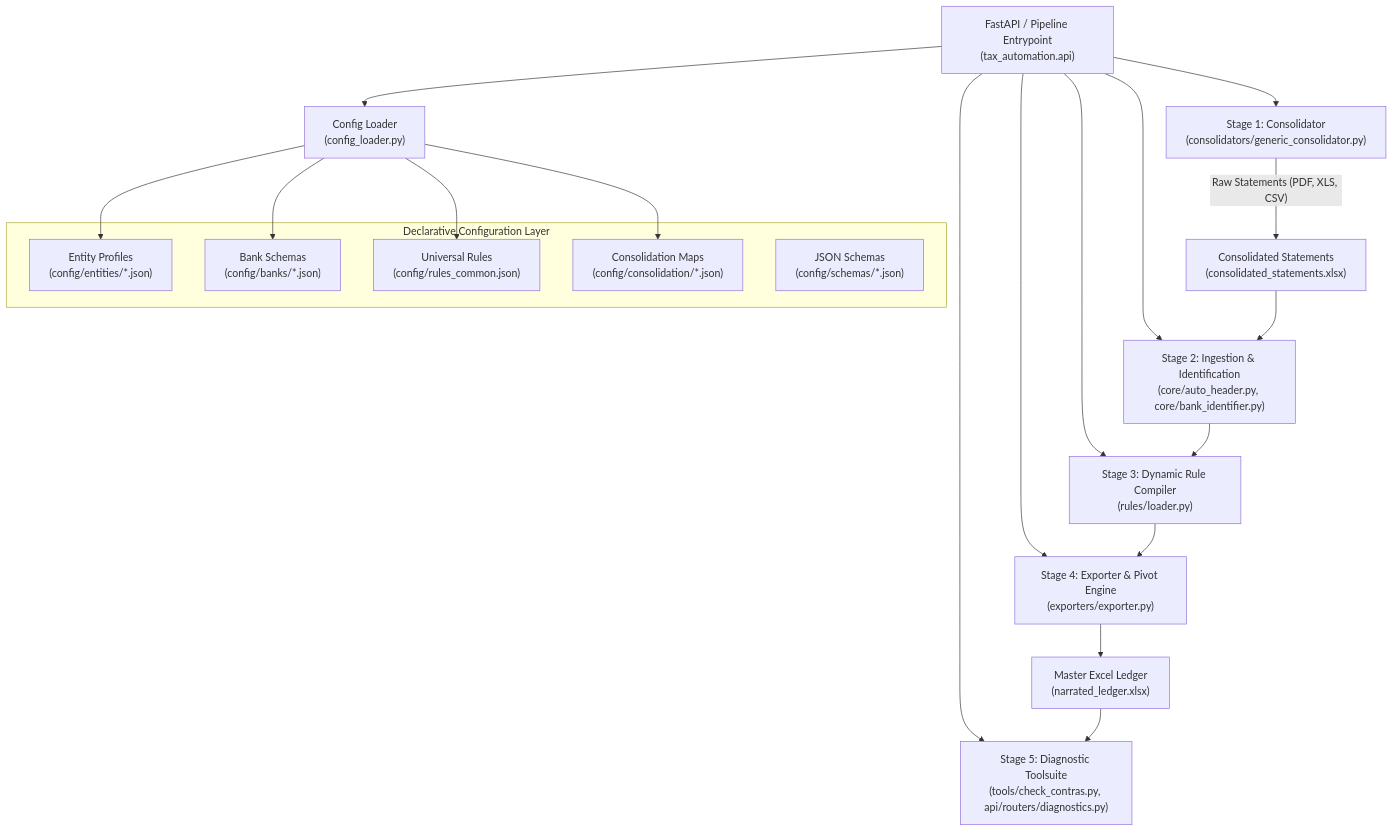
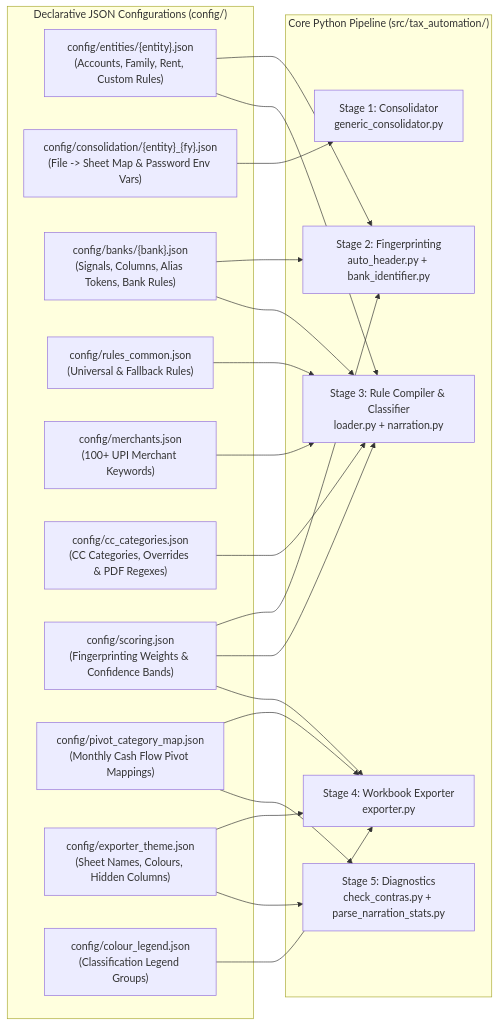
One commit to Aayush4396/tax-automation changed the first of 3 diagrams in docs/TECHNICAL_DOCUMENTATION.md. Above: the diagram before and after it, drawn with Mermaid. The commit also changed other lines of this file and 1 other file, not shown here.

Commit message:
docs: update README and technical documentation with v2.0 config-driven data flow, user flows, diagrams, and tax nomenclature

````diff
--- a/docs/TECHNICAL_DOCUMENTATION.md
+++ b/docs/TECHNICAL_DOCUMENTATION.md
@@ -29,30 +29,43 @@
 ```mermaid
-graph TD
-    API["FastAPI / Pipeline Entrypoint<br/>(tax_automation.api)"] --> ConfigLoader["Config Loader<br/>(config_loader.py)"]
-    
-    subgraph ConfigLayer ["Declarative Configuration Layer"]
-        EntityCfg["Entity Profiles<br/>(config/entities/*.json)"]
-        BankSchemas["Bank Schemas<br/>(config/banks/*.json)"]
-        CommonRules["Universal Rules<br/>(config/rules_common.json)"]
-        ConsoMaps["Consolidation Maps<br/>(config/consolidation/*.json)"]
-        Schemas["JSON Schemas<br/>(config/schemas/*.json)"]
+flowchart LR
+    subgraph Configs["Declarative JSON Configurations (config/)"]
+        C_ENT["config/entities/{entity}.json\n(Accounts, Family, Rent, Custom Rules)"]
+        C_CON["config/consolidation/{entity}_{fy}.json\n(File -> Sheet Map & Password Env Vars)"]
+        C_BNK["config/banks/{bank}.json\n(Signals, Columns, Alias Tokens, Bank Rules)"]
+        C_COM["config/rules_common.json\n(Universal & Fallback Rules)"]
+        C_MER["config/merchants.json\n(100+ UPI Merchant Keywords)"]
+        C_CC["config/cc_categories.json\n(CC Categories, Overrides & PDF Regexes)"]
+        C_SCR["config/scoring.json\n(Fingerprinting Weights & Confidence Bands)"]
+        C_PIV["config/pivot_category_map.json\n(Monthly Cash Flow Pivot Mappings)"]
+        C_THM["config/exporter_theme.json\n(Sheet Names, Colours, Hidden Columns)"]
+        C_LEG["config/colour_legend.json\n(Classification Legend Groups)"]
     end
-    
-    ConfigLoader --> EntityCfg
-    ConfigLoader --> BankSchemas
-    ConfigLoader --> CommonRules
-    ConfigLoader --> ConsoMaps
 
-    API --> Stage1["Stage 1: Consolidator<br/>(consolidators/generic_consolidator.py)"]
-    API --> Stage2["Stage 2: Ingestion & Identification<br/>(core/auto_header.py, core/bank_identifier.py)"]
-    API --> Stage3["Stage 3: Dynamic Rule Compiler<br/>(rules/loader.py)"]
-    API --> Stage4["Stage 4: Exporter & Pivot Engine<br/>(exporters/exporter.py)"]
-    API --> Stage5["Stage 5: Diagnostic Toolsuite<br/>(tools/check_contras.py, api/routers/diagnostics.py)"]
+    subgraph Engine["Core Python Pipeline (src/tax_automation/)"]
+        P_CON["Stage 1: Consolidator\ngeneric_consolidator.py"]
+        P_ID["Stage 2: Fingerprinting\nauto_header.py + bank_identifier.py"]
+        P_RUL["Stage 3: Rule Compiler & Classifier\nloader.py + narration.py"]
+        P_EXP["Stage 4: Workbook Exporter\nexporter.py"]
+        P_DIA["Stage 5: Diagnostics\ncheck_contras.py + parse_narration_stats.py"]
+    end
 
-    Stage1 -->|"Raw Statements (PDF, XLS, CSV)"| PreConso["Consolidated Statements<br/>(consolidated_statements.xlsx)"]
-    PreConso --> Stage2
-    Stage2 --> Stage3
-    Stage3 --> Stage4
-    Stage4 --> MasterOut["Master Excel Ledger<br/>(narrated_ledger.xlsx)"]
-    MasterOut --> Stage5
+    C_CON --> P_CON
+    C_ENT --> P_ID
+    C_BNK --> P_ID
+    C_SCR --> P_ID
+
+    C_ENT --> P_RUL
+    C_BNK --> P_RUL
+    C_COM --> P_RUL
+    C_MER --> P_RUL
+    C_CC --> P_RUL
+    C_SCR --> P_RUL
+
+    C_PIV --> P_EXP
+    C_THM --> P_EXP
+    C_LEG --> P_EXP
+    C_SCR --> P_EXP
+
+    C_THM --> P_DIA
+    C_PIV --> P_DIA
 ```
````
